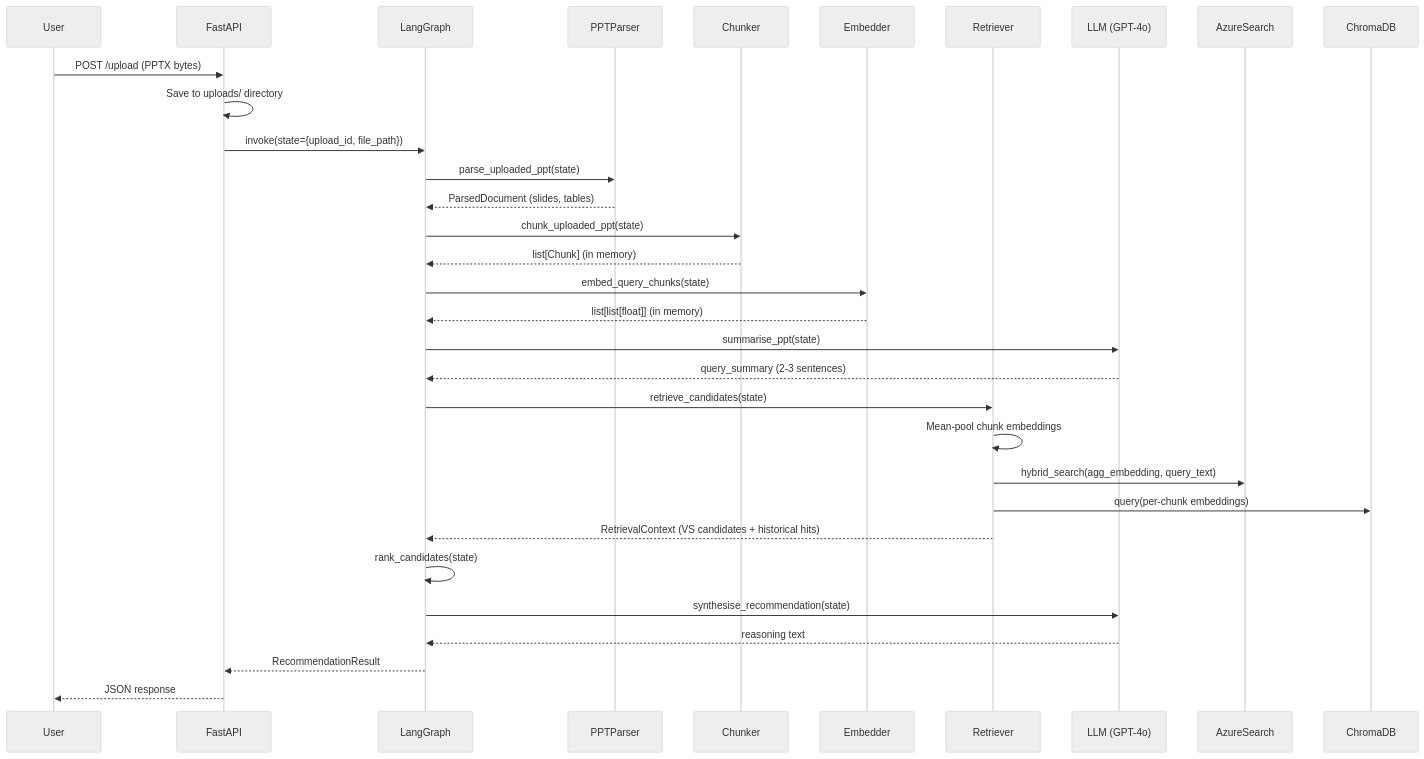
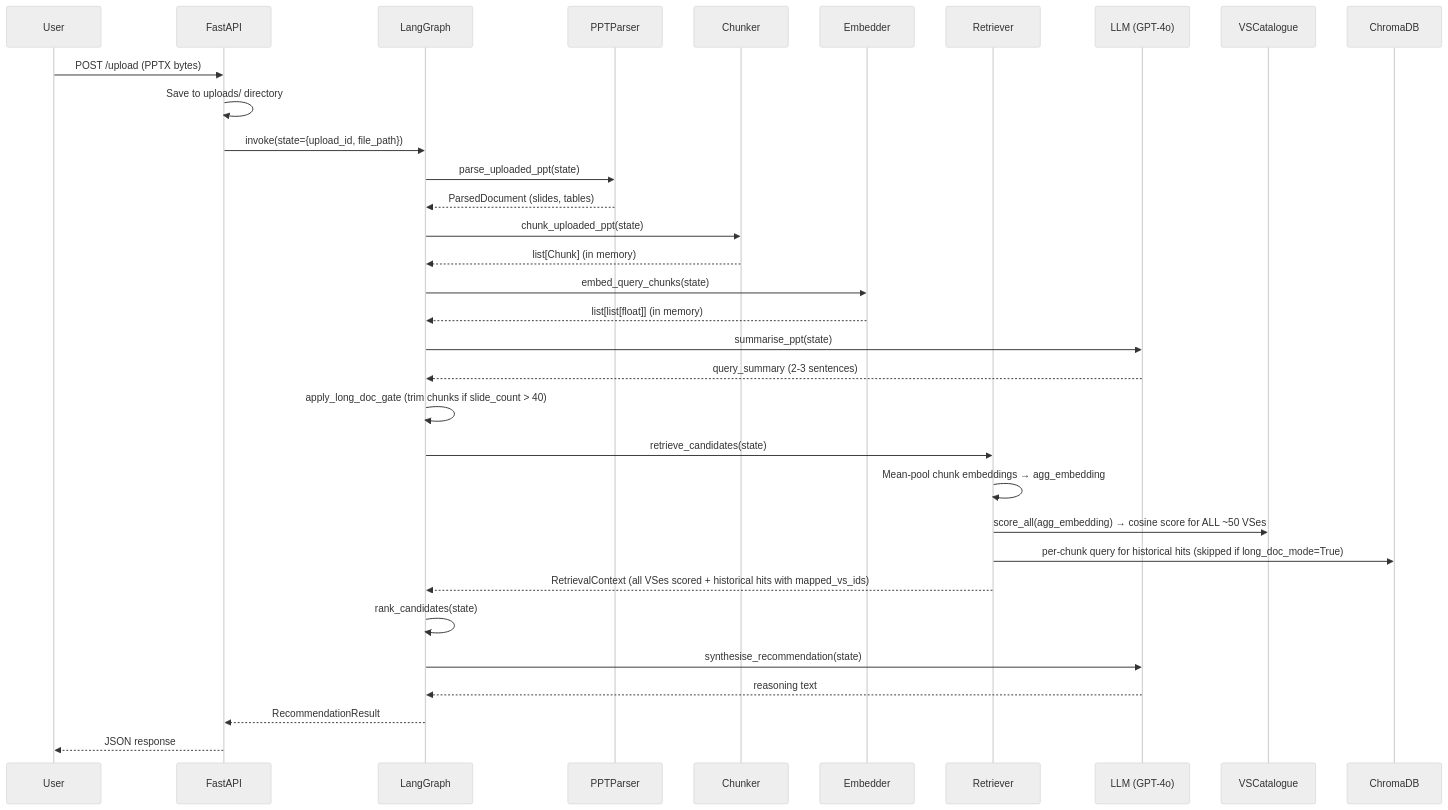
Before and after one commit to Soul-Eater69/value-stream-rag: the fourth of 7 diagrams in docs/ARCHITECTURE.md, drawn with Mermaid (neutral theme). The commit also changed other lines of this file, not shown here.

First line of the commit message:
docs: fix 6 stale/missing items in ARCHITECTURE.md

````diff
--- a/docs/ARCHITECTURE.md
+++ b/docs/ARCHITECTURE.md
@@ -452,41 +452,42 @@
 ```mermaid
 sequenceDiagram
     participant U as User
     participant API as FastAPI
     participant G as LangGraph
     participant P as PPTParser
     participant C as Chunker
     participant E as Embedder
     participant R as Retriever
     participant L as LLM (GPT-4o)
 
     U->>API: POST /upload (PPTX bytes)
     API->>API: Save to uploads/ directory
     API->>G: invoke(state={upload_id, file_path})
 
     G->>P: parse_uploaded_ppt(state)
     P-->>G: ParsedDocument (slides, tables)
 
     G->>C: chunk_uploaded_ppt(state)
     C-->>G: list[Chunk] (in memory)
 
     G->>E: embed_query_chunks(state)
     E-->>G: list[list[float]] (in memory)
 
     G->>L: summarise_ppt(state)
     L-->>G: query_summary (2-3 sentences)
 
+    G->>G: apply_long_doc_gate (trim chunks if slide_count > 40)
     G->>R: retrieve_candidates(state)
-    R->>R: Mean-pool chunk embeddings
-    R->>AzureSearch: hybrid_search(agg_embedding, query_text)
-    R->>ChromaDB: query(per-chunk embeddings)
-    R-->>G: RetrievalContext (VS candidates + historical hits)
+    R->>R: Mean-pool chunk embeddings → agg_embedding
+    R->>VSCatalogue: score_all(agg_embedding) → cosine score for ALL ~50 VSes
+    R->>ChromaDB: per-chunk query for historical hits (skipped if long_doc_mode=True)
+    R-->>G: RetrievalContext (all VSes scored + historical hits with mapped_vs_ids)
 
     G->>G: rank_candidates(state)
 
     G->>L: synthesise_recommendation(state)
     L-->>G: reasoning text
 
     G-->>API: RecommendationResult
     API-->>U: JSON response
 ```
````
